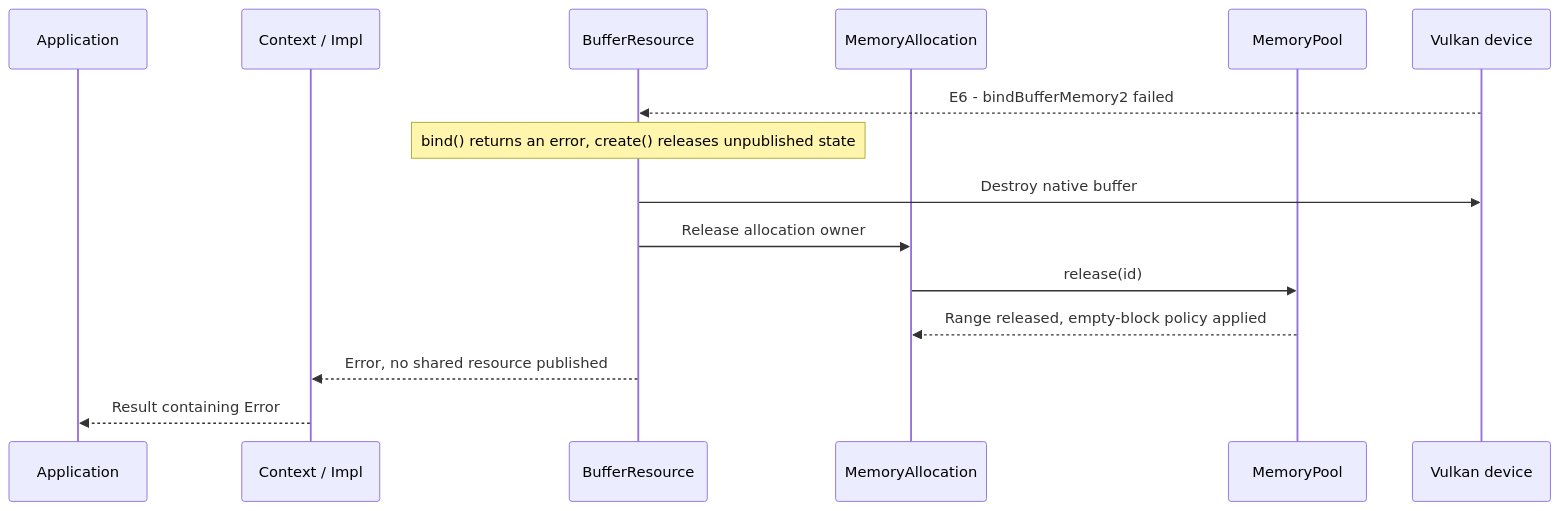
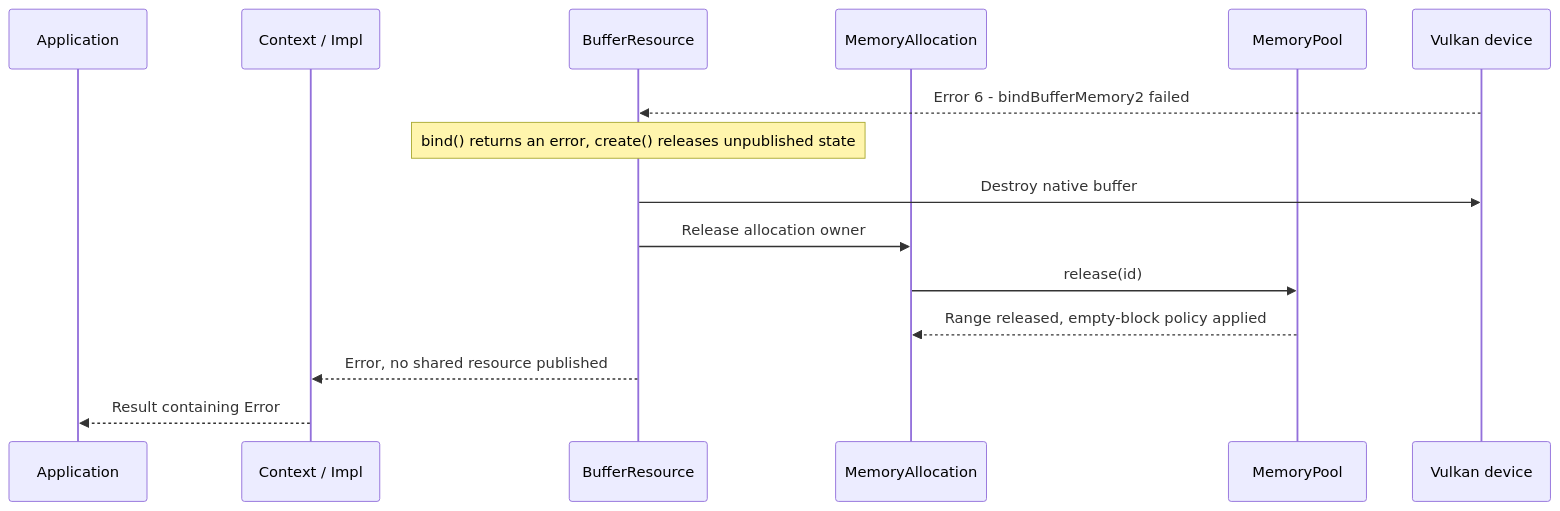
One commit to a-soltysik/Panda changed the third of 3 diagrams in docs/use-cases/create-buffer.md. Above: the diagram before and after it, drawn with Mermaid. The commit also changed other lines of this file and 8 other files, not shown here.

````diff
--- a/docs/use-cases/create-buffer.md
+++ b/docs/use-cases/create-buffer.md
@@ -189,17 +175,17 @@
 ```mermaid
 sequenceDiagram
     participant A as Application
     participant C as Context / Impl
     participant R as BufferResource
     participant M as MemoryAllocation
     participant P as MemoryPool
     participant V as Vulkan device
-    V -->> R: E6 - bindBufferMemory2 failed
+    V -->> R: Error 6 - bindBufferMemory2 failed
     Note over R: bind() returns an error, create() releases unpublished state
     R ->> V: Destroy native buffer
     R ->> M: Release allocation owner
     M ->> P: release(id)
     P -->> M: Range released, empty-block policy applied
     R -->> C: Error, no shared resource published
     C -->> A: Result containing Error
 ```
````
